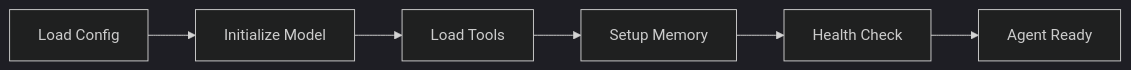
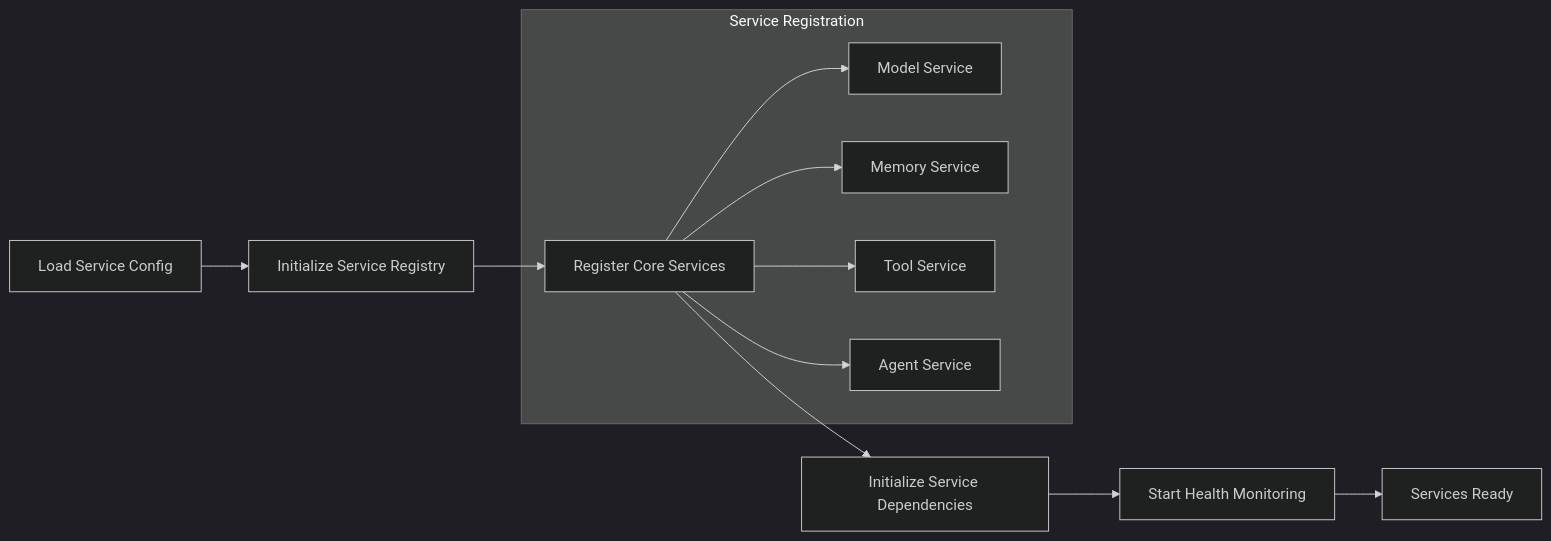
The third of 4 diagrams in ARCHITECTURE.md (google/adk-python), drawn with Mermaid (dark theme) before and after one commit. The commit also changed other lines of this file and 2 other files, not shown here.

First line of the commit message:
feat: Standardize documentation with consistent service-based architecture

````diff
--- a/ARCHITECTURE.md
+++ b/ARCHITECTURE.md
@@ -190,8 +225,15 @@
 ```mermaid
 graph LR
-    A[Load Config] --> B[Initialize Model]
-    B --> C[Load Tools]
-    C --> D[Setup Memory]
-    D --> E[Health Check]
-    E --> F[Agent Ready]
+    A[Load Service Config] --> B[Initialize Service Registry]
+    B --> C[Register Core Services]
+    C --> D[Initialize Service Dependencies]
+    D --> E[Start Health Monitoring]
+    E --> F[Services Ready]
+    
+    subgraph "Service Registration"
+        C --> C1[Model Service]
+        C --> C2[Memory Service]
+        C --> C3[Tool Service]
+        C --> C4[Agent Service]
+    end
 ```
````
